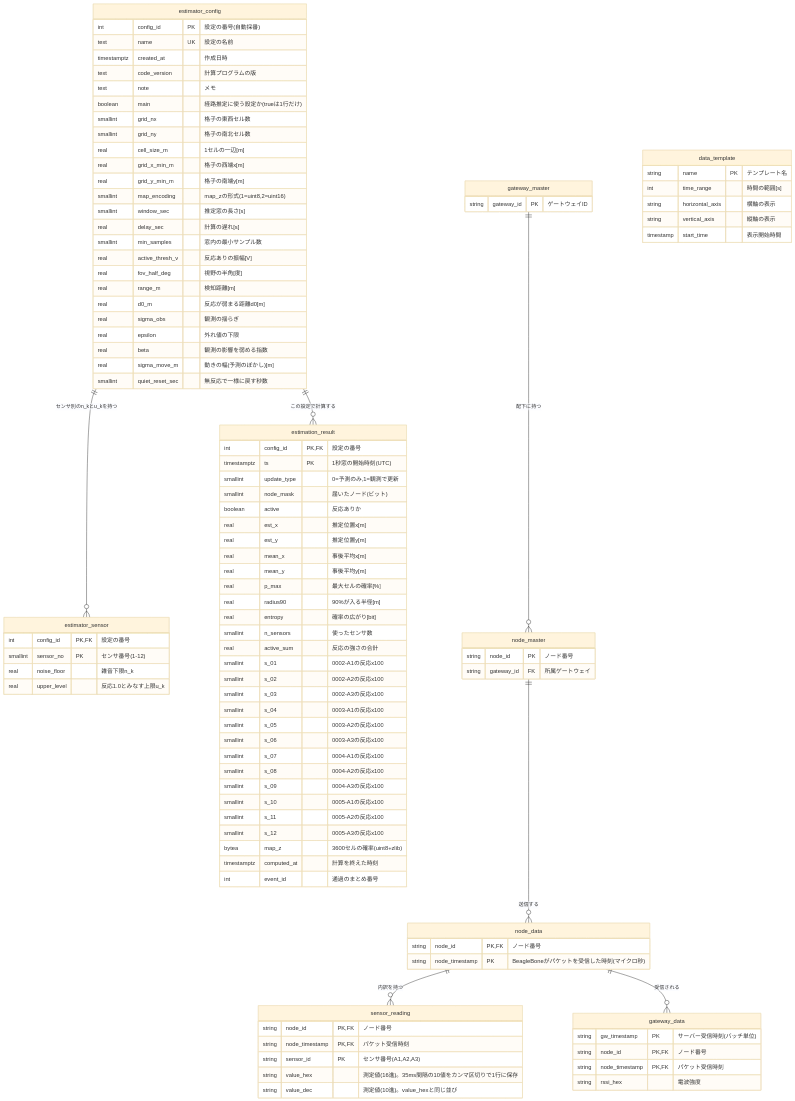
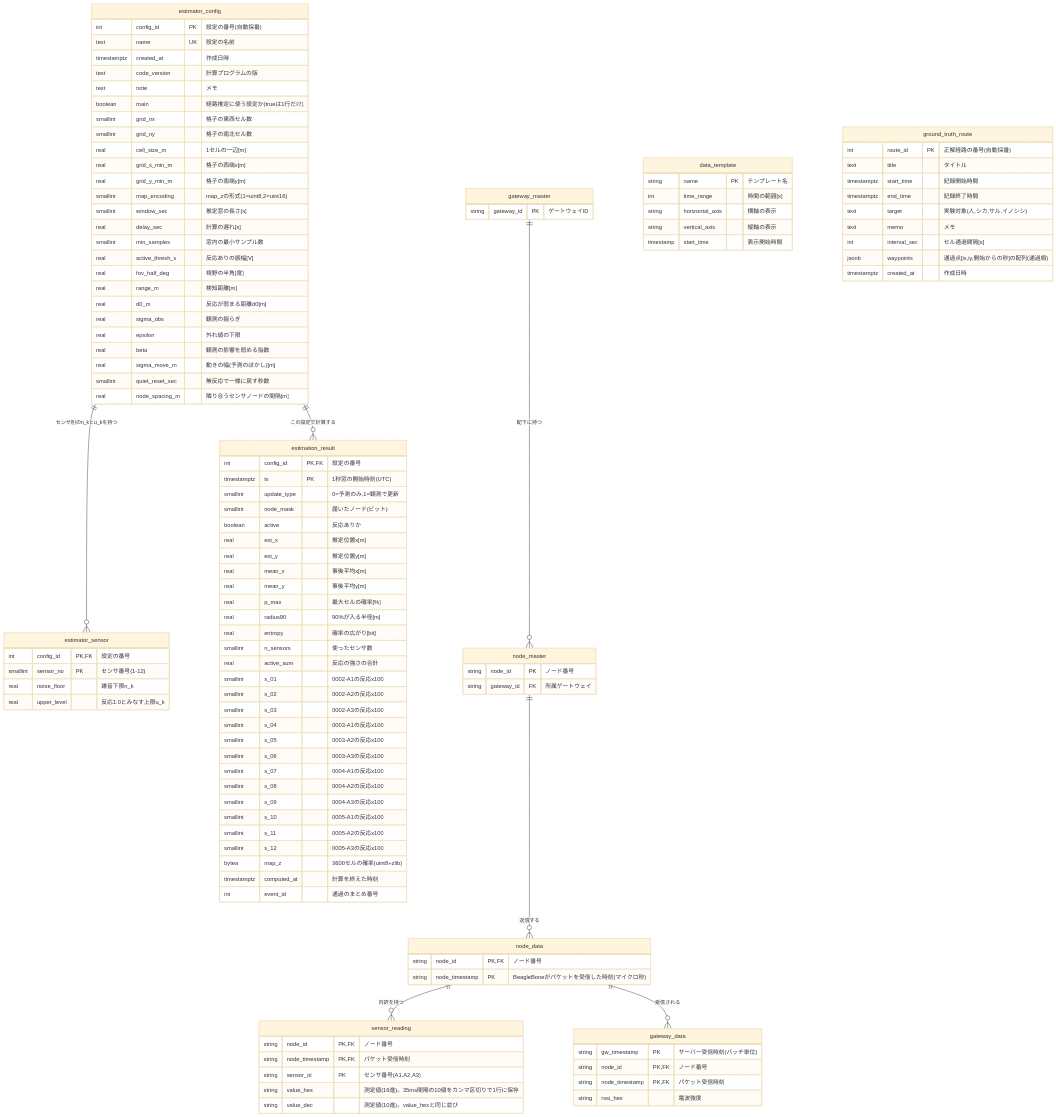
One commit to ShouSawa/AnimalMiru changed the diagram in UML/ER_diagram.md. Above: the diagram before and after it, drawn with Mermaid (base theme). The commit also changed 24 other files, not shown here.

````diff
--- a/UML/ER_diagram.md
+++ b/UML/ER_diagram.md
@@ -25,6 +25,7 @@
     real beta "観測の影響を弱める指数"
     real sigma_move_m "動きの幅(予測のぼかし)[m]"
     smallint quiet_reset_sec "無反応で一様に戻す秒数"
+    real node_spacing_m "隣り合うセンサノードの間隔[m]"
   }
 
   estimator_sensor {
@@ -112,4 +113,16 @@
     timestamp start_time "表示開始時間"
   }
 
+  ground_truth_route {
+    int route_id PK "正解経路の番号(自動採番)"
+    text title "タイトル"
+    timestamptz start_time "記録開始時間"
+    timestamptz end_time "記録終了時間"
+    text target "実験対象(人,シカ,サル,イノシシ)"
+    text memo "メモ"
+    int interval_sec "セル通過間隔[s]"
+    jsonb waypoints "通過点[ix,iy,開始からの秒]の配列(通過順)"
+    timestamptz created_at "作成日時"
+  }
+
 ```
````
